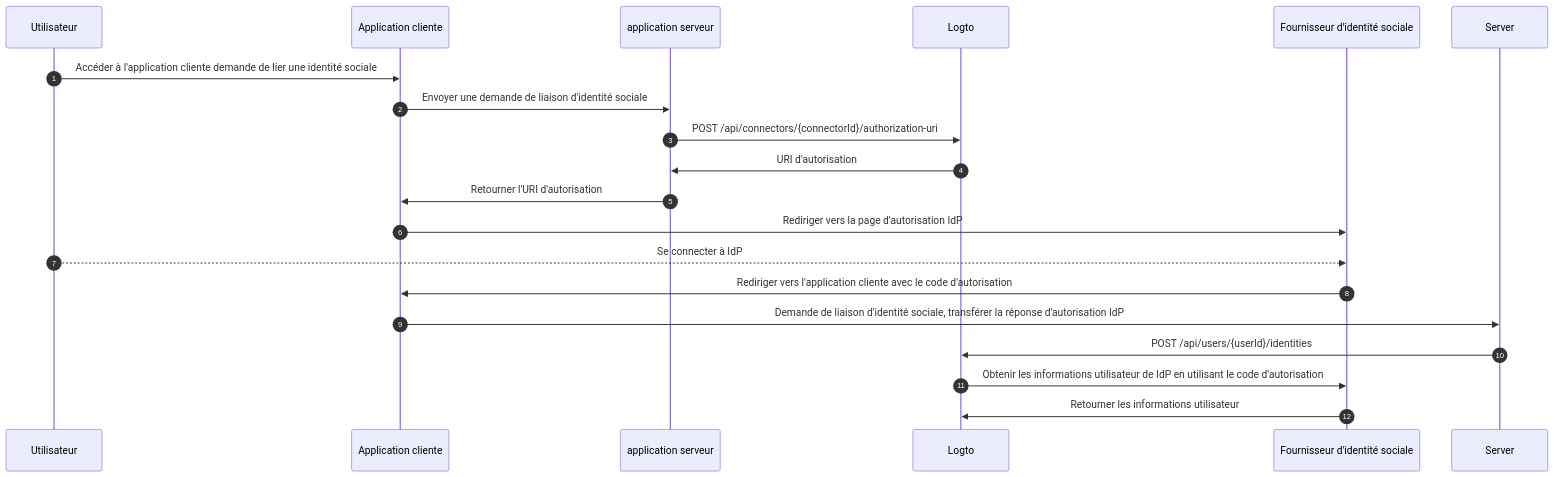
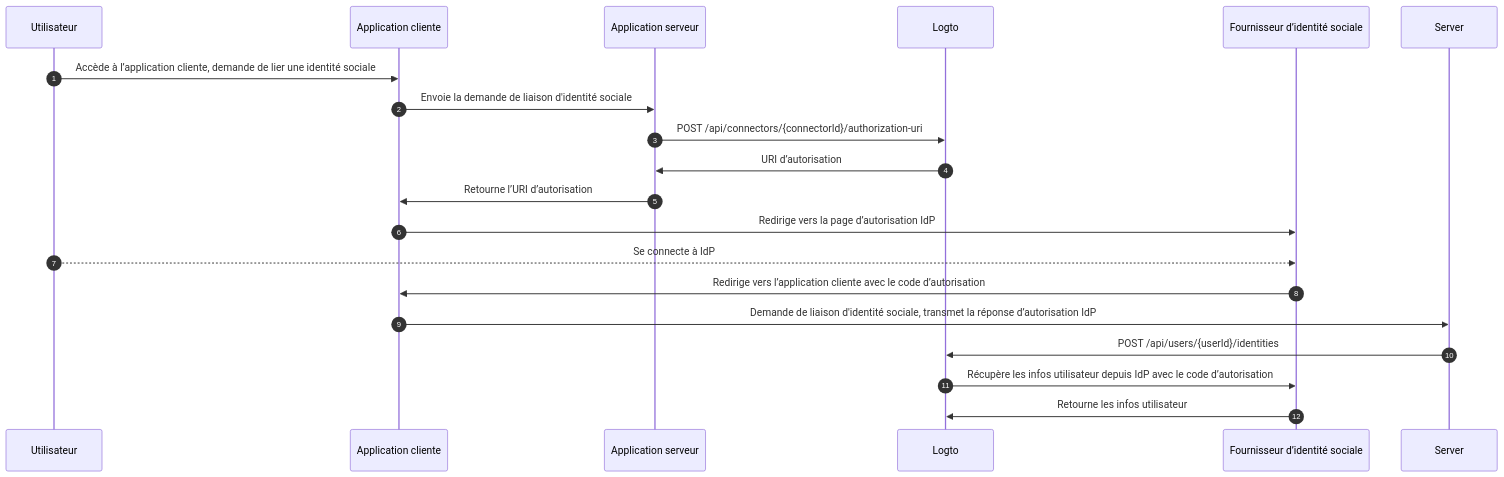
The third of 3 diagrams in i18n/fr/docusaurus-plugin-content-docs/current/end-user-flows/account-settings/by-management-api.mdx (logto-io/docs), drawn with Mermaid before and after one commit. The commit also changed other lines of this file and 162 other files, not shown here.

````diff
--- a/i18n/fr/docusaurus-plugin-content-docs/current/end-user-flows/account-settings/by-management-api.mdx
+++ b/i18n/fr/docusaurus-plugin-content-docs/current/end-user-flows/account-settings/by-management-api.mdx
@@ -120,22 +120,22 @@
 ```mermaid
 sequenceDiagram
     autoNumber
     participant User as Utilisateur
     participant Client as Application cliente
-    participant App as application serveur
+    participant App as Application serveur
     participant Logto as Logto
-    participant IdP as Fournisseur d'identité sociale
+    participant IdP as Fournisseur d’identité sociale
 
-    User ->> Client: Accéder à l'application cliente demande de lier une identité sociale
-    Client ->> App: Envoyer une demande de liaison d'identité sociale
+    User ->> Client: Accède à l’application cliente, demande de lier une identité sociale
+    Client ->> App: Envoie la demande de liaison d'identité sociale
     App ->> Logto: POST /api/connectors/{connectorId}/authorization-uri
-    Logto ->> App: URI d'autorisation
-    App ->> Client: Retourner l'URI d'autorisation
-    Client ->> IdP: Rediriger vers la page d'autorisation IdP
-    User -->> IdP: Se connecter à IdP
-    IdP ->> Client: Rediriger vers l'application cliente avec le code d'autorisation
-    Client ->> Server: Demande de liaison d'identité sociale, transférer la réponse d'autorisation IdP
+    Logto ->> App: URI d’autorisation
+    App ->> Client: Retourne l’URI d’autorisation
+    Client ->> IdP: Redirige vers la page d’autorisation IdP
+    User -->> IdP: Se connecte à IdP
+    IdP ->> Client: Redirige vers l’application cliente avec le code d’autorisation
+    Client ->> Server: Demande de liaison d'identité sociale, transmet la réponse d’autorisation IdP
     Server ->> Logto: POST /api/users/{userId}/identities
-    Logto ->> IdP: Obtenir les informations utilisateur de IdP en utilisant le code d'autorisation
-    IdP ->> Logto: Retourner les informations utilisateur
+    Logto ->> IdP: Récupère les infos utilisateur depuis IdP avec le code d’autorisation
+    IdP ->> Logto: Retourne les infos utilisateur
 ```
````
